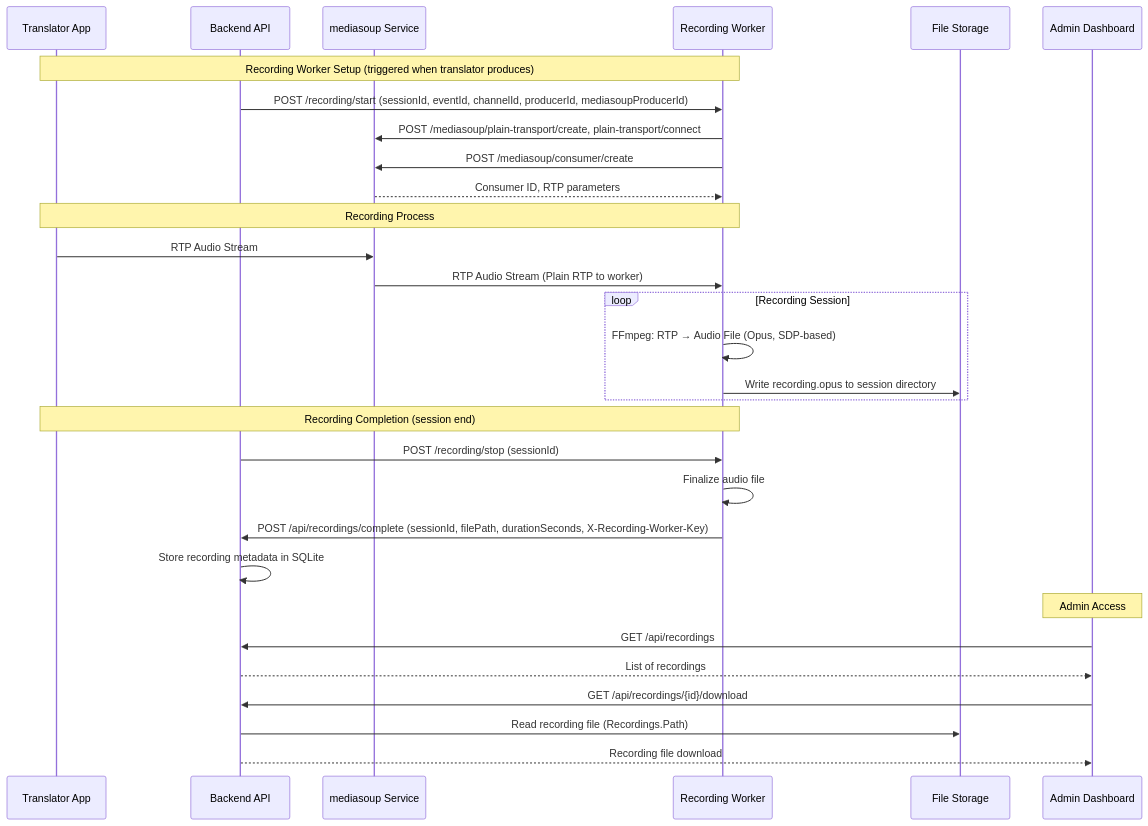
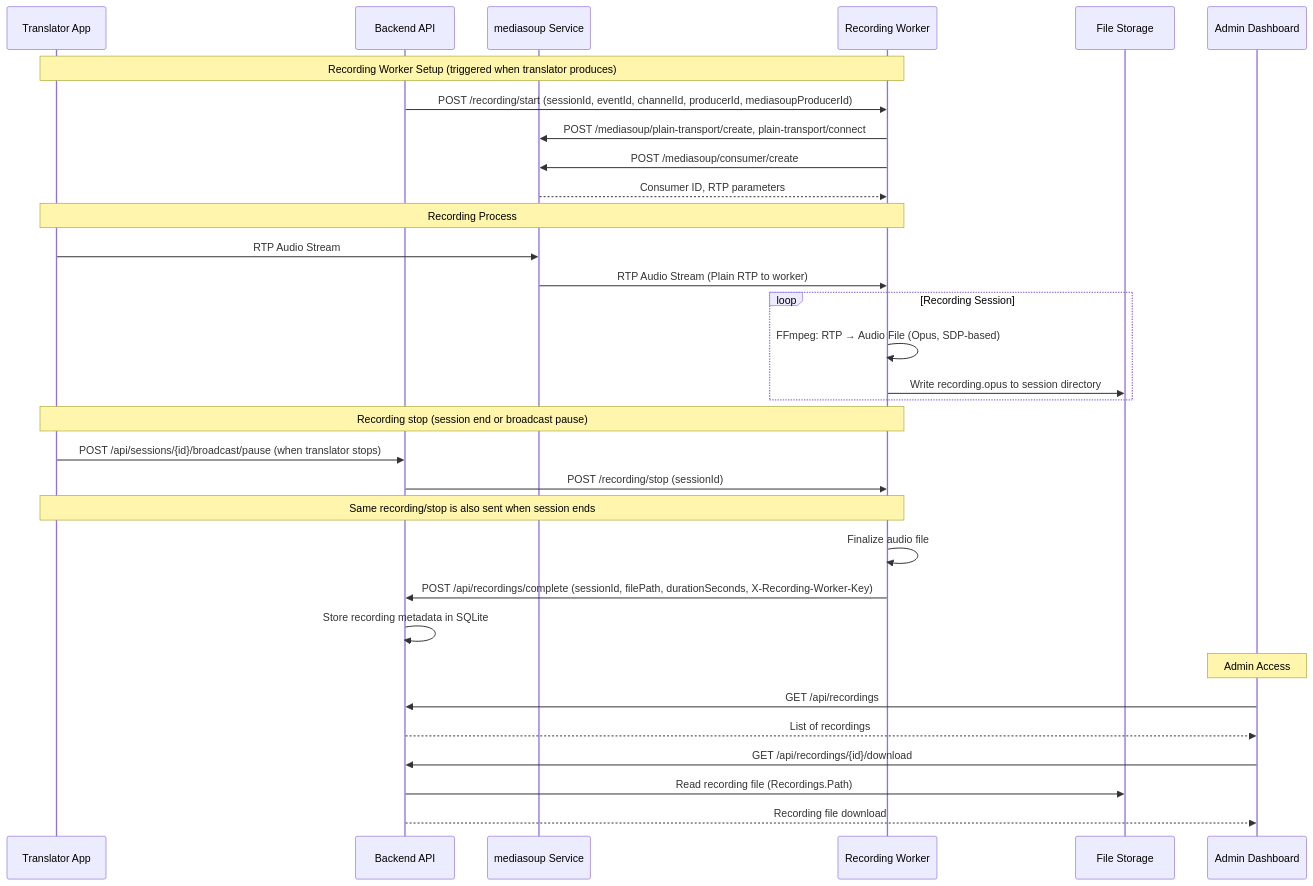
Before and after one commit to petroscs/audio-translation-system: the fourth of 7 diagrams in ARCHITECTURE.md, drawn with Mermaid. The commit also changed other lines of this file and 38 other files, not shown here.

First line of the commit message:
Update broadcast resume flow and recording persistence.

````diff
--- a/ARCHITECTURE.md
+++ b/ARCHITECTURE.md
@@ -215,37 +219,39 @@
 ```mermaid
 sequenceDiagram
     participant TA as Translator App
     participant BE as Backend API
     participant MS as mediasoup Service
     participant RW as Recording Worker
     participant FS as File Storage
     participant AD as Admin Dashboard
     
     Note over TA,RW: Recording Worker Setup (triggered when translator produces)
     BE->>RW: POST /recording/start (sessionId, eventId, channelId, producerId, mediasoupProducerId)
     RW->>MS: POST /mediasoup/plain-transport/create, plain-transport/connect
     RW->>MS: POST /mediasoup/consumer/create
     MS-->>RW: Consumer ID, RTP parameters
     
     Note over TA,RW: Recording Process
     TA->>MS: RTP Audio Stream
     MS->>RW: RTP Audio Stream (Plain RTP to worker)
     
     loop Recording Session
         RW->>RW: FFmpeg: RTP → Audio File (Opus, SDP-based)
         RW->>FS: Write recording.opus to session directory
     end
     
-    Note over TA,RW: Recording Completion (session end)
+    Note over TA,RW: Recording stop (session end or broadcast pause)
+    TA->>BE: POST /api/sessions/{id}/broadcast/pause (when translator stops)
     BE->>RW: POST /recording/stop (sessionId)
+    Note over TA,RW: Same recording/stop is also sent when session ends
     RW->>RW: Finalize audio file
     RW->>BE: POST /api/recordings/complete (sessionId, filePath, durationSeconds, X-Recording-Worker-Key)
     BE->>BE: Store recording metadata in SQLite
     
     Note over AD: Admin Access
     AD->>BE: GET /api/recordings
     BE-->>AD: List of recordings
     AD->>BE: GET /api/recordings/{id}/download
     BE->>FS: Read recording file (Recordings.Path)
     BE-->>AD: Recording file download
 ```
````
